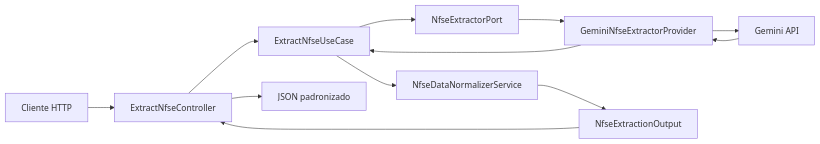
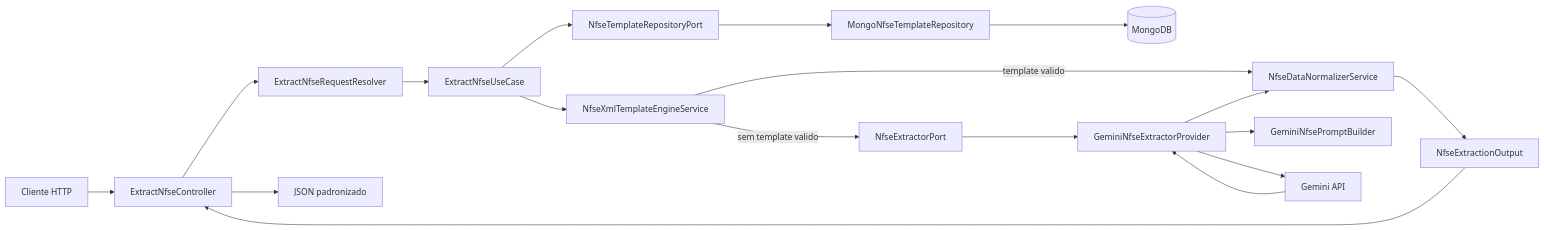
One commit to sszrod/ms-nfse-parser changed the diagram in docs/arquitetura.md. Above: the diagram before and after it, drawn with Mermaid. The commit also changed other lines of this file and 3 other files, not shown here.

````diff
--- a/docs/arquitetura.md
+++ b/docs/arquitetura.md
@@ -87,14 +92,24 @@
 ```mermaid
 flowchart LR
     A[Cliente HTTP] --> B[ExtractNfseController]
-    B --> C[ExtractNfseUseCase]
-    C --> D[NfseExtractorPort]
+    B --> BR[ExtractNfseRequestResolver]
+    BR --> C[ExtractNfseUseCase]
+
+    C --> TR[NfseTemplateRepositoryPort]
+    TR --> MR[MongoNfseTemplateRepository]
+    MR --> MDB[(MongoDB)]
+
+    C --> TE[NfseXmlTemplateEngineService]
+    TE -->|template valido| G[NfseDataNormalizerService]
+    TE -->|sem template valido| D[NfseExtractorPort]
+
     D --> E[GeminiNfseExtractorProvider]
+    E --> PB[GeminiNfsePromptBuilder]
     E --> F[Gemini API]
     F --> E
-    E --> C
-    C --> G[NfseDataNormalizerService]
+    E --> G
+
     G --> H[NfseExtractionOutput]
     H --> B
     B --> I[JSON padronizado]
 ```
````
